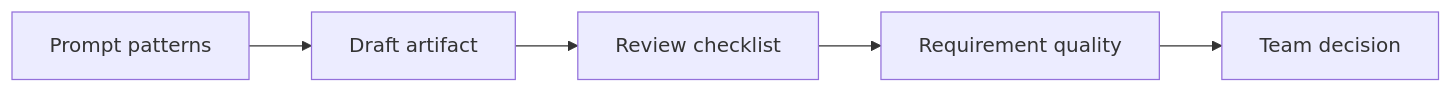
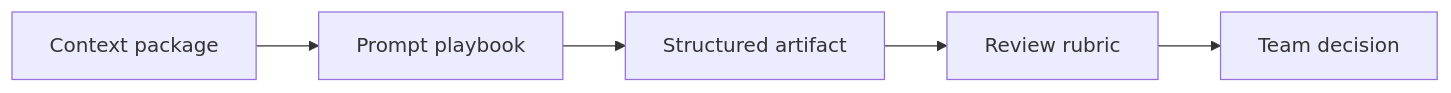
Before and after one commit to anhtnt90dev/ai-for-ba: the diagram in docs/en/resources/index.md, drawn with Mermaid. The commit also changed other lines of this file and 64 other files, not shown here.

````diff
--- a/docs/en/resources/index.md
+++ b/docs/en/resources/index.md
@@ -17,7 +17,7 @@
 ```mermaid
 flowchart LR
-    A["Prompt patterns"] --> B["Draft artifact"]
-    B --> C["Review checklist"]
-    C --> D["Requirement quality"]
+    A["Context package"] --> B["Prompt playbook"]
+    B --> C["Structured artifact"]
+    C --> D["Review rubric"]
     D --> E["Team decision"]
 ```
````
